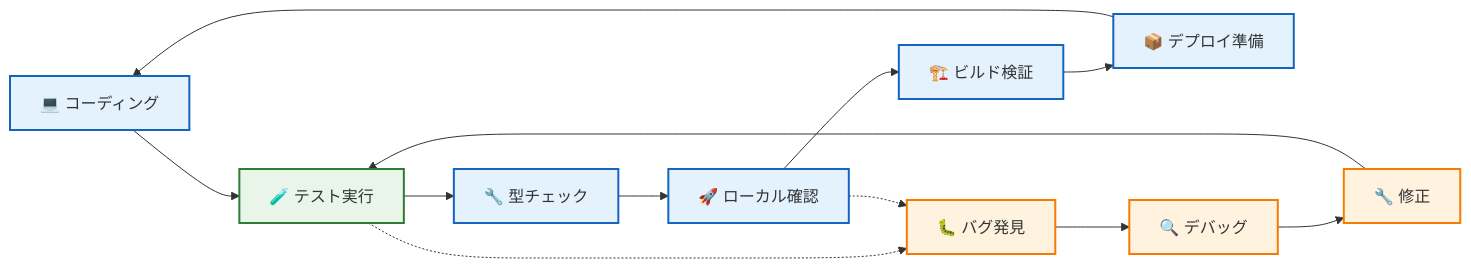
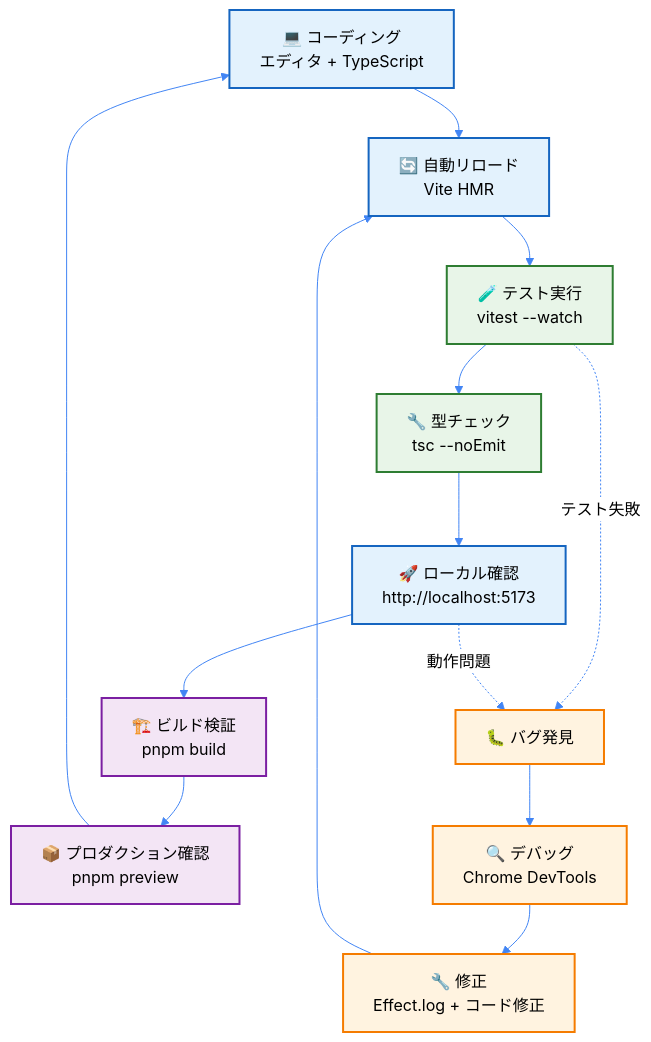
The first of 4 diagrams in docs/00-quickstart/03-development-workflow.md (takeokunn/ts-minecraft), drawn with Mermaid before and after one commit. The commit also changed other lines of this file and 106 other files, not shown here.

````diff
--- a/docs/00-quickstart/03-development-workflow.md
+++ b/docs/00-quickstart/03-development-workflow.md
@@ -32,25 +45,29 @@
 ```mermaid
-graph LR
-    A[💻 コーディング] --> B[🧪 テスト実行]
-    B --> C[🔧 型チェック]
-    C --> D[🚀 ローカル確認]
-    D --> E[🏗️ ビルド検証]
-    E --> F[📦 デプロイ準備]
+%%{init: {"theme": "neutral", "themeVariables": {"primaryColor": "#4285f4", "primaryTextColor": "#ffffff", "primaryBorderColor": "#ffffff", "lineColor": "#4285f4", "sectionBkgColor": "#f5f7fa", "tertiaryColor": "#f5f7fa"}}}%%
+graph TD
+    A[💻 コーディング<br/>エディタ + TypeScript] --> B[🔄 自動リロード<br/>Vite HMR]
+    B --> C[🧪 テスト実行<br/>vitest --watch]
+    C --> D[🔧 型チェック<br/>tsc --noEmit]
+    D --> E[🚀 ローカル確認<br/>http://localhost:5173]
+    E --> F[🏗️ ビルド検証<br/>pnpm build]
+    F --> G[📦 プロダクション確認<br/>pnpm preview]
 
-    F --> A
+    G --> A
 
-    G[🐛 バグ発見] --> H[🔍 デバッグ]
-    H --> I[🔧 修正]
-    I --> B
+    H[🐛 バグ発見] --> I[🔍 デバッグ<br/>Chrome DevTools]
+    I --> J[🔧 修正<br/>Effect.log + コード修正]
+    J --> B
 
-    B -.-> G
-    D -.-> G
+    C -.->|テスト失敗| H
+    E -.->|動作問題| H
 
     classDef develop fill:#e3f2fd,stroke:#1565c0,stroke-width:2px
     classDef test fill:#e8f5e8,stroke:#2e7d32,stroke-width:2px
     classDef debug fill:#fff3e0,stroke:#f57c00,stroke-width:2px
+    classDef build fill:#f3e5f5,stroke:#7b1fa2,stroke-width:2px
 
-    class A,C,D,E,F develop
-    class B test
-    class G,H,I debug
+    class A,B,E develop
+    class C,D test
+    class H,I,J debug
+    class F,G build
 ```
````
